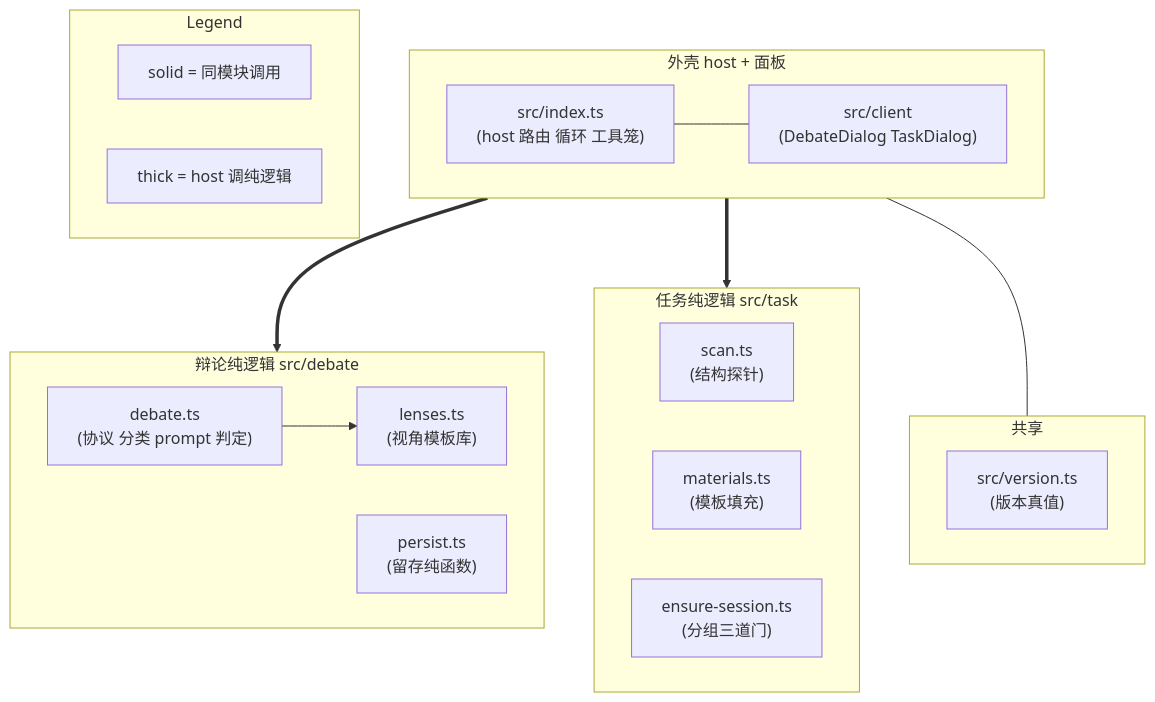
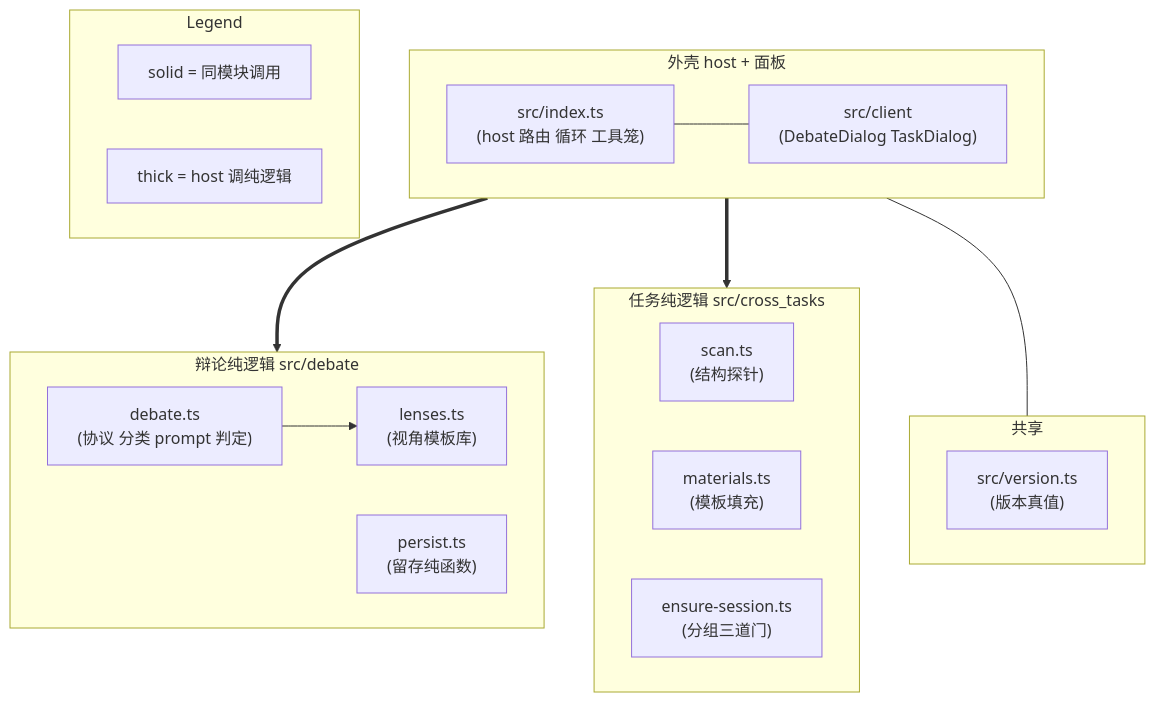
Before and after one commit to doubleelec/dsh-debate: the second of 4 diagrams in docs/architecture.md, drawn with Mermaid. The commit also changed other lines of this file and 1 other file, not shown here.

First line of the commit message:
docs: collapse context view to a single overview diagram

````diff
--- a/docs/architecture.md
+++ b/docs/architecture.md
@@ -153,35 +84,35 @@
 ```mermaid
 flowchart TD
     subgraph Shell["外壳 host + 面板"]
         direction LR
         index["src/index.ts<br/>(host 路由 循环 工具笼)"]
         client["src/client<br/>(DebateDialog TaskDialog)"]
         index --- client
     end
     subgraph Debate["辩论纯逻辑 src/debate"]
         direction LR
         proto["debate.ts<br/>(协议 分类 prompt 判定)"]
         lens["lenses.ts<br/>(视角模板库)"]
         pers["persist.ts<br/>(留存纯函数)"]
         proto --> lens
     end
-    subgraph Task["任务纯逻辑 src/task"]
+    subgraph Task["任务纯逻辑 src/cross_tasks"]
         direction LR
         scan["scan.ts<br/>(结构探针)"]
         mats["materials.ts<br/>(模板填充)"]
         sess["ensure-session.ts<br/>(分组三道门)"]
     end
     subgraph Shared["共享"]
         direction LR
         ver["src/version.ts<br/>(版本真值)"]
     end
     Shell ==> Debate
     Shell ==> Task
     Shell --- Shared
 
     subgraph Legend["Legend"]
         direction LR
         L1["solid = 同模块调用"]
         L2["thick = host 调纯逻辑"]
     end
 ```
````
